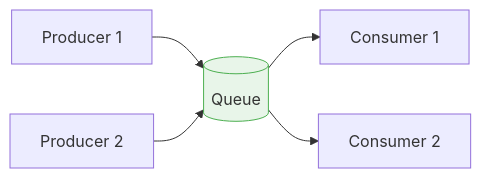
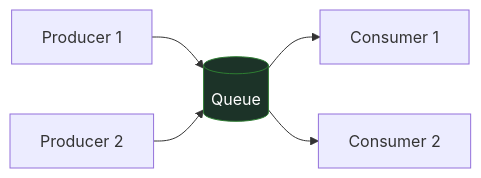
The second of 4 diagrams in docs/messaging/transports.md (dlrivada/Encina), drawn with Mermaid before and after one commit. The commit also changed other lines of this file and 6 other files, not shown here.

First line of the commit message:
docs: replace hardcoded light-mode Mermaid colors with dark equivalents

````diff
--- a/docs/messaging/transports.md
+++ b/docs/messaging/transports.md
@@ -105,9 +105,9 @@
 ```mermaid
 flowchart LR
     P1[Producer 1] --> Q[(Queue)]
     P2[Producer 2] --> Q
     Q --> C1[Consumer 1]
     Q --> C2[Consumer 2]
 
-    style Q fill:#E8F5E9,stroke:#4CAF50
+    style Q fill:#1c3328,stroke:#2e7d32,color:#fff
 ```
````
